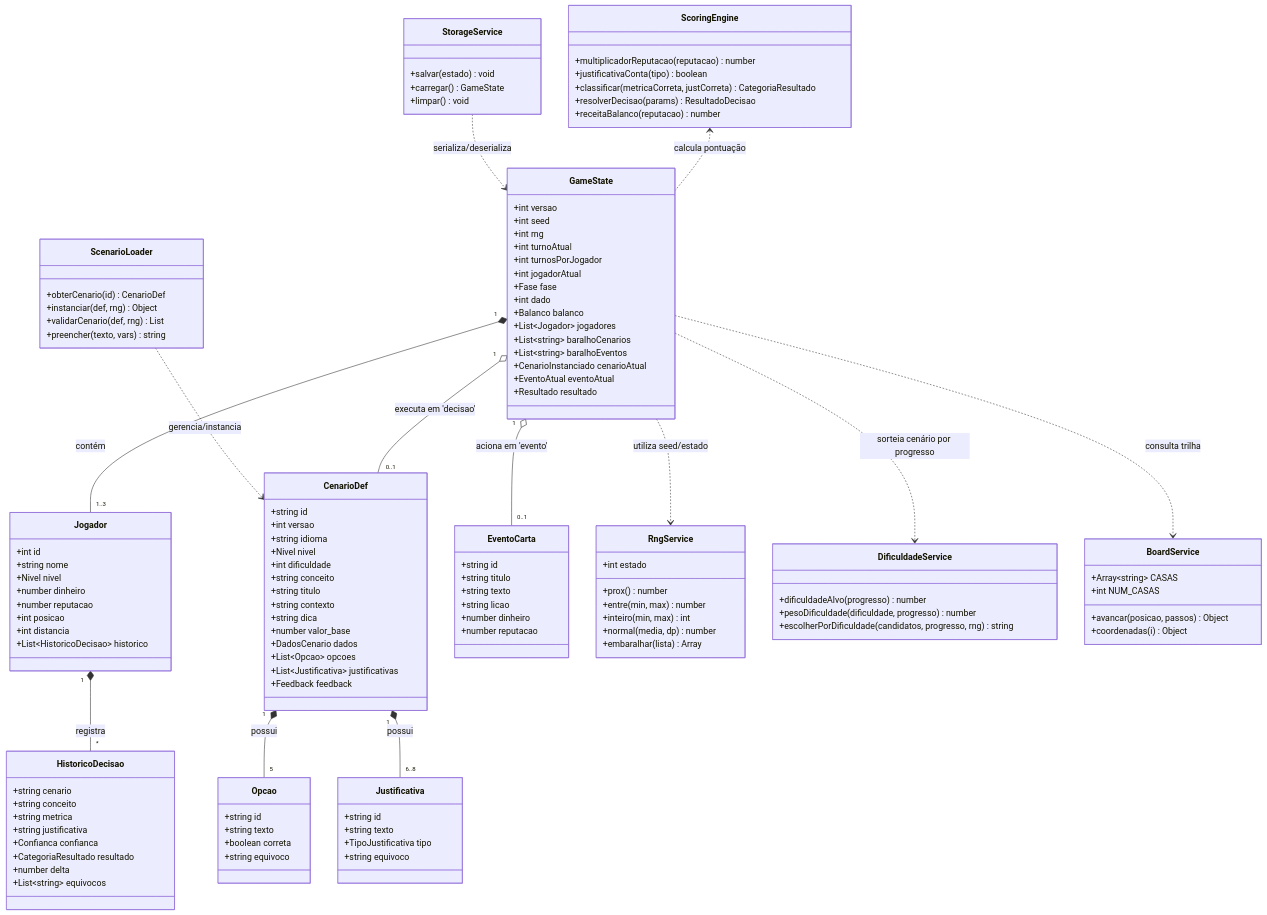
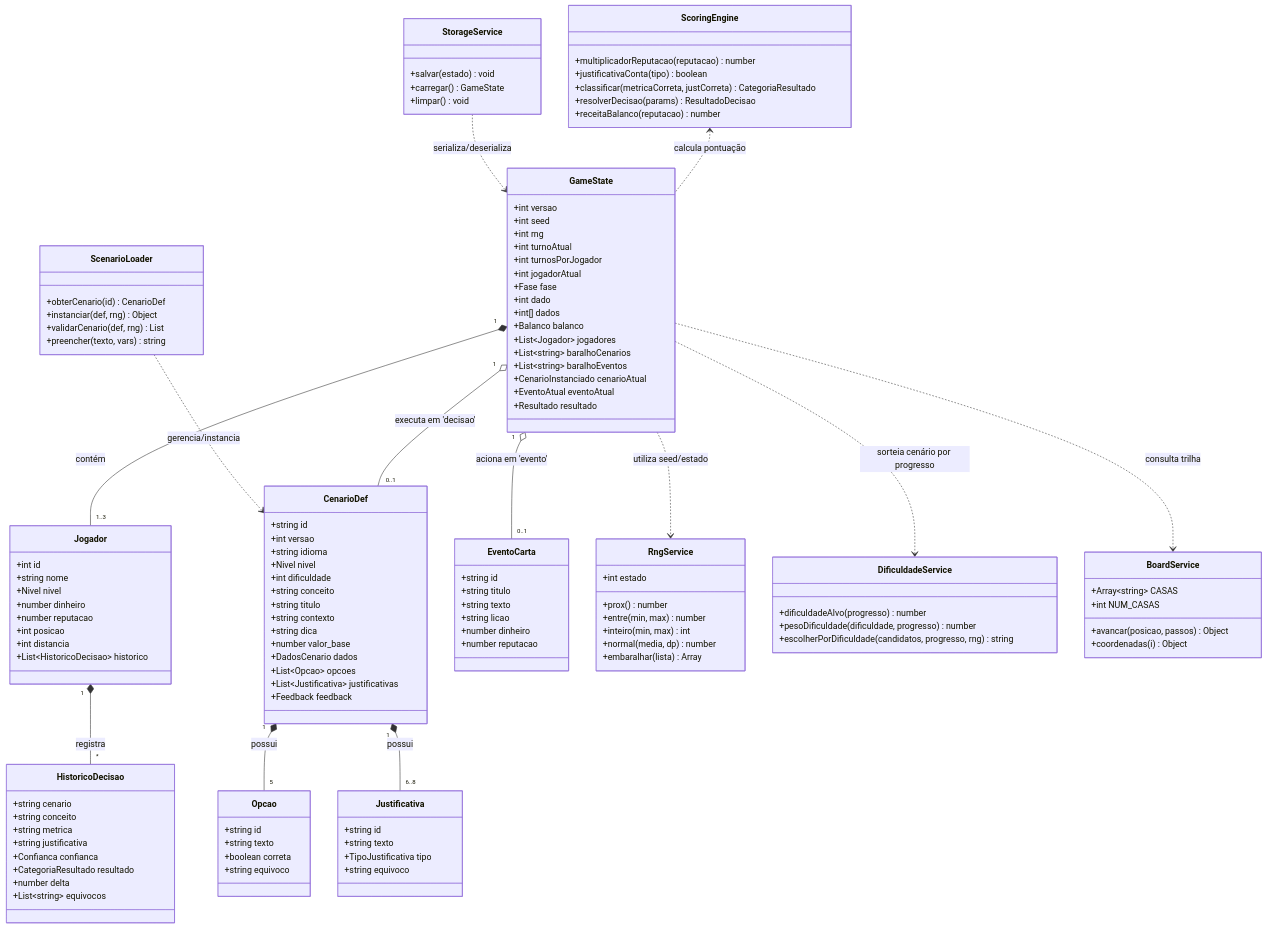
One commit to luiz2801/RFisher changed the first of 4 diagrams in docs/diagramas-uml.md. Above: the diagram before and after it, drawn with Mermaid. The commit also changed other lines of this file and 10 other files, not shown here.

```diff
--- a/docs/diagramas-uml.md
+++ b/docs/diagramas-uml.md
@@ -21,6 +21,7 @@
         +int jogadorAtual
         +Fase fase
         +int dado
+        +int[] dados
         +Balanco balanco
         +List~Jogador~ jogadores
         +List~string~ baralhoCenarios
```
